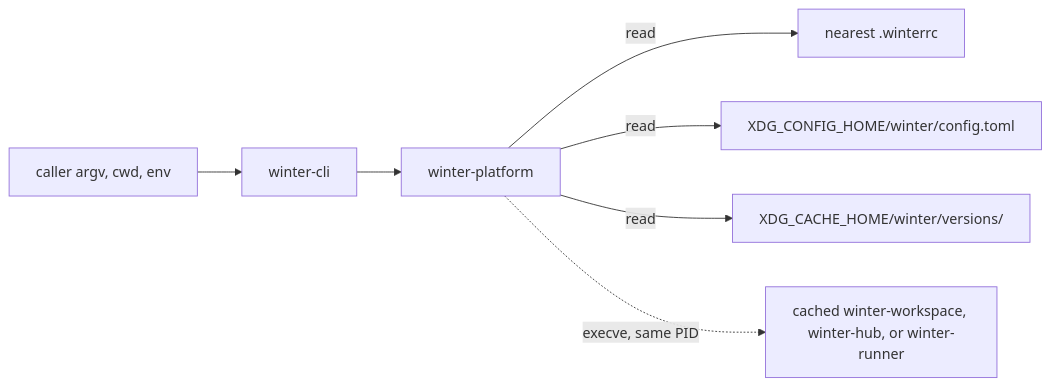
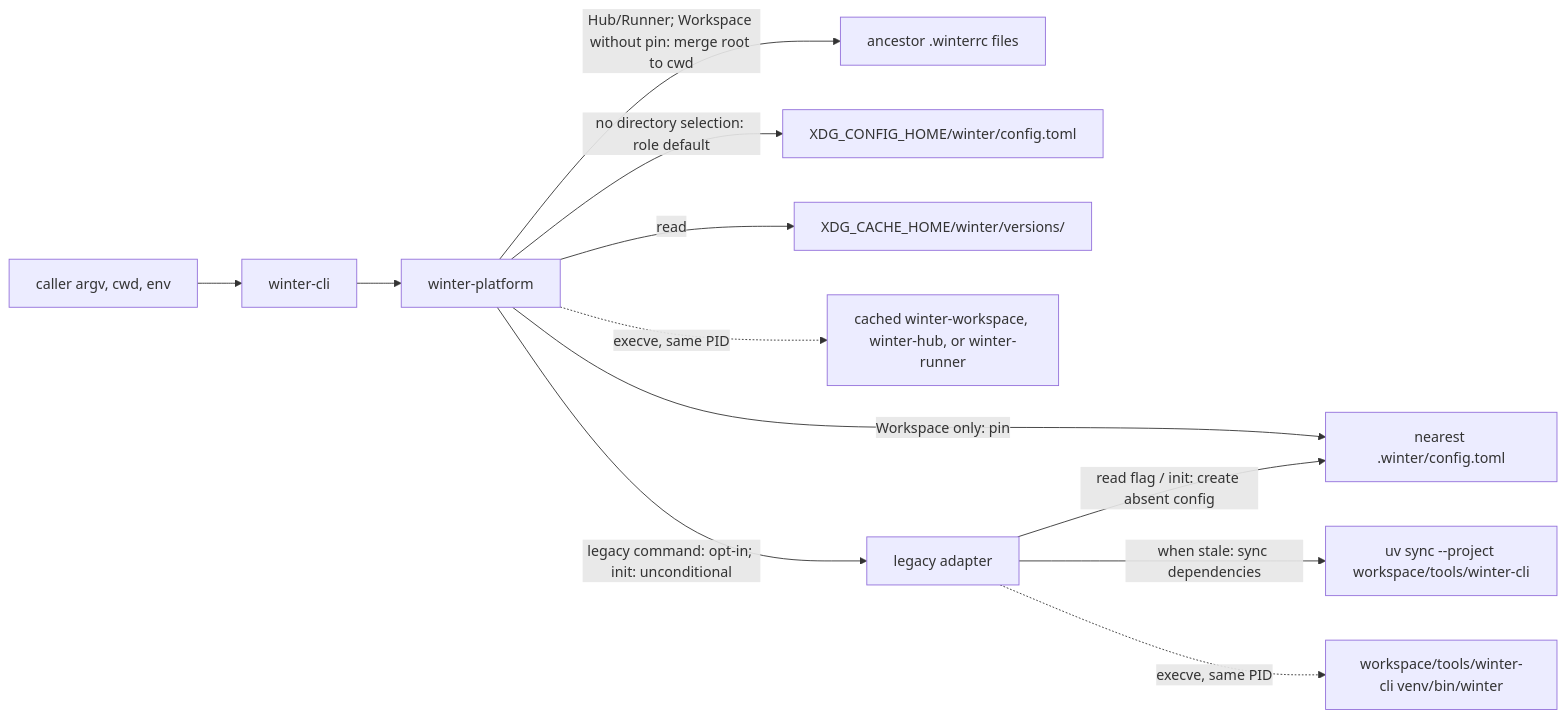
One commit to c5xlabs/winter-planning changed the diagram in projects/platform/work/launcher-shim/spec.md. Above: the diagram before and after it, drawn with Mermaid. The commit also changed other lines of this file and 12 other files, not shown here.

````diff
--- a/projects/platform/work/launcher-shim/spec.md
+++ b/projects/platform/work/launcher-shim/spec.md
@@ -5,9 +5,14 @@
 ```mermaid
 flowchart LR
     caller["caller argv, cwd, env"] --> cli["winter-cli"]
     cli --> platform["winter-platform"]
-    platform -->|"read"| rc["nearest .winterrc"]
-    platform -->|"read"| user["XDG_CONFIG_HOME/winter/config.toml"]
+    platform -->|"Hub/Runner; Workspace without pin: merge root to cwd"| rc["ancestor .winterrc files"]
+    platform -->|"Workspace only: pin"| workspace["nearest .winter/config.toml"]
+    platform -->|"no directory selection: role default"| user["XDG_CONFIG_HOME/winter/config.toml"]
     platform -->|"read"| cache["XDG_CACHE_HOME/winter/versions/"]
     platform -.->|"execve, same PID"| component["cached winter-workspace, winter-hub, or winter-runner"]
+    platform -->|"legacy command: opt-in; init: unconditional"| legacy["legacy adapter"]
+    legacy -->|"read flag / init: create absent config"| workspace
+    legacy -->|"when stale: sync dependencies"| uv["uv sync --project workspace/tools/winter-cli"]
+    legacy -.->|"execve, same PID"| python["workspace/tools/winter-cli venv/bin/winter"]
 ```
````
